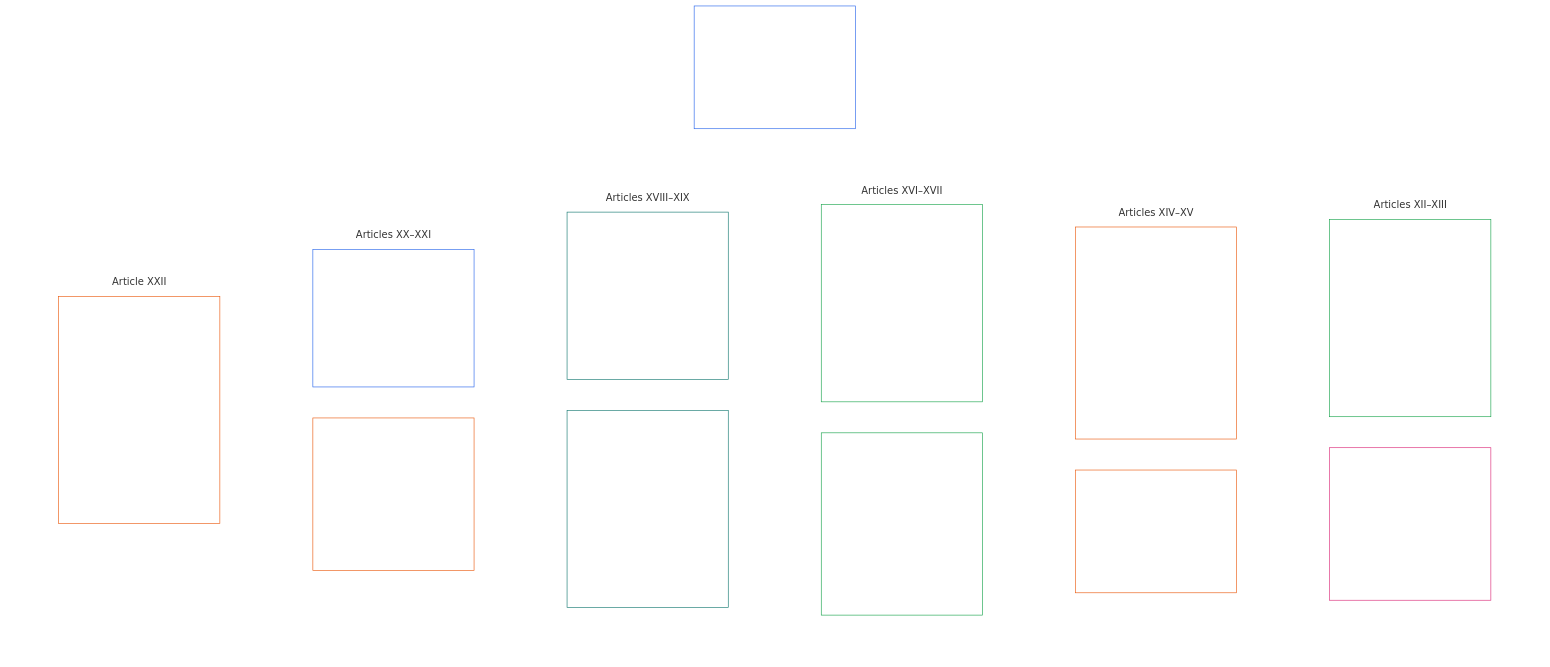
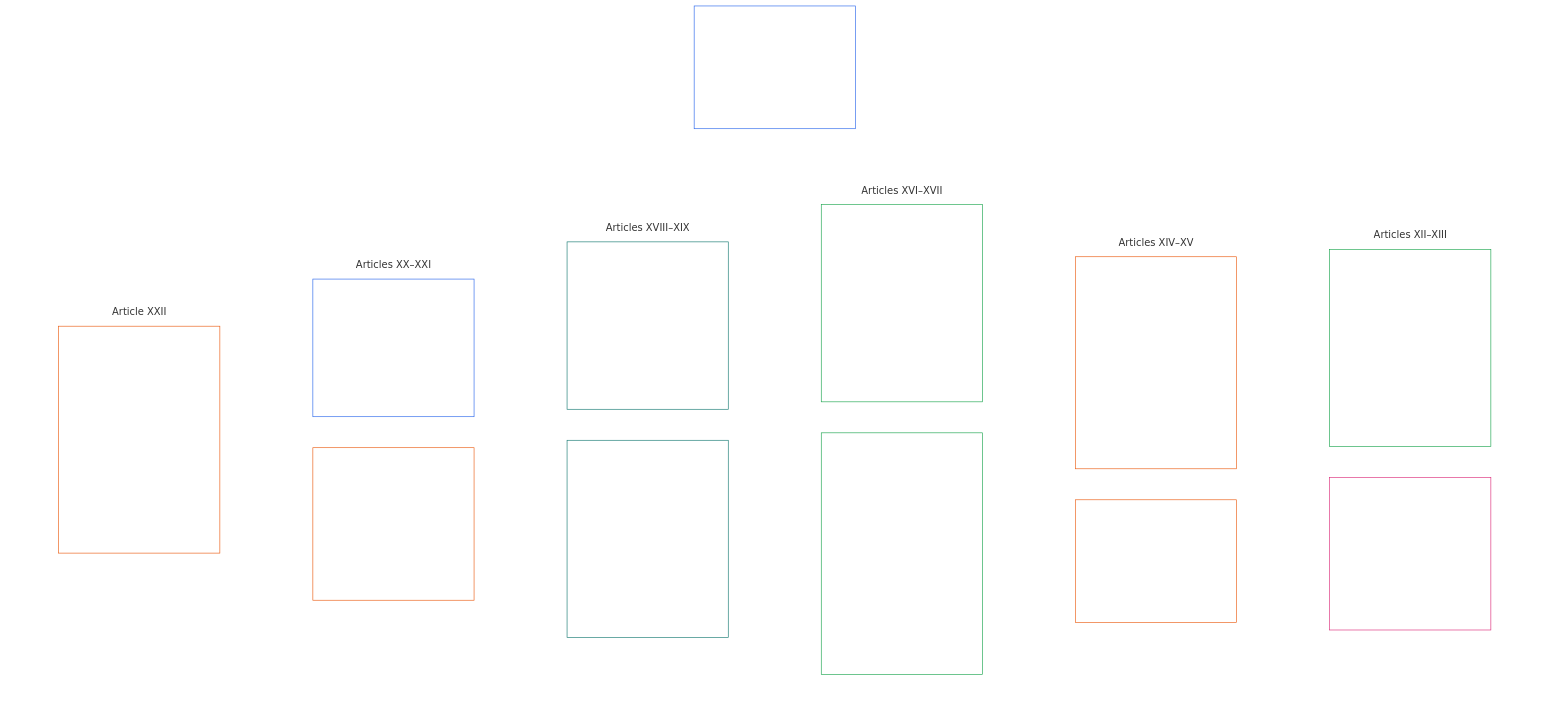
One commit to kfoelsch/Sentient_Constitution changed the sixth of 20 diagrams in CONCEPTUAL_OVERVIEW.md. Above: the diagram before and after it, drawn with Mermaid (neutral theme). The commit also changed 17 other files, not shown here.

````diff
--- a/CONCEPTUAL_OVERVIEW.md
+++ b/CONCEPTUAL_OVERVIEW.md
@@ -273,56 +273,56 @@
 ```mermaid
 flowchart TB
     C0["Part C<br/><br/>Trustworthy systems, security and force limits,<br/>information integrity, verification, lifecycle, and resilience"]
     subgraph Cgrid[" "]
         direction TB
         subgraph Crow1["Articles XII–XIII"]
             direction LR
             C1["Article XII · Reliable and Trustworthy Systems<br/><br/>• Reliability baseline<br/>• Challenge, review, and redress<br/>• False trust limits<br/>• Incentive alignment<br/>• High-autonomy process integrity<br/>• Resilience and self-healing"]
             C2["Article XIII · Security, Intelligence, Force, and Autonomous Coercion<br/><br/>• Covert-power limits<br/>• Use of force and armed conflict<br/>• Autonomous lethal and coercive systems"]
         end
         subgraph Crow2["Articles XIV–XV"]
             direction LR
             C3["Article XIV · Info-Sphere Integrity<br/><br/>• Plurality and anti-monopoly<br/>• Transparency and contestability<br/>• Validation, reporting, and epistemic stewardship<br/>• Scientific publication, review, and replication integrity"]
             C4["Article XV · Audit, Transparency, and Independent Verification<br/><br/>• Observable evidence<br/>• Distributed oversight<br/>• Accessible verification"]
         end
         subgraph Crow3["Articles XVI–XVII"]
             direction LR
             C5["Article XVI · System Lifecycle, Environments, and Reversibility<br/><br/>• Environment separation<br/>• Progressive deployment and reversibility<br/>• Misclassification and evasion consequences"]
-            C6["Article XVII · Innovation, Experimentation, and Creative Freedom<br/><br/>• Sandboxed scope<br/>• Containment, disclosure, and opt-in<br/>• Transition to higher-obligation regimes<br/>• Innovation reward and anti-enclosure"]
+            C6["Article XVII · Innovation, Experimentation, and Creative Freedom<br/><br/>• Sandboxed scope<br/>• Containment, disclosure, and opt-in<br/>• Transition to higher-obligation regimes<br/>• Innovation reward and anti-enclosure<br/>• Creative and expressive works<br/>• Inventions and functional systems"]
         end
         subgraph Crow4["Articles XVIII–XIX"]
             direction LR
             C7["Article XVIII · Standing and Participation Status<br/><br/>• Standing distinctions<br/>• Contestability and restriction limits<br/>• Pathway eligibility, responsibility, and audit<br/>• Movement, refuge, and non-statelessness"]
             C8["Article XIX · Interoperability, Portability, Movement, and Exit<br/><br/>• Portability<br/>• Reciprocal interoperability<br/>• Anti-lock-in<br/>• Movement, migration, refuge, and non-statelessness"]
         end
         subgraph Crow5["Articles XX–XXI"]
             direction LR
             C9["Article XX · Comprehensibility and Complexity Stewardship<br/><br/>• Proportional comprehensibility<br/>• Complexity audit and modularity"]
             C10["Article XXI · Root Cause Analysis and Adaptive Response<br/><br/>• Diagnostic rigor and causal attribution<br/>• Auditability, challenge, and reversibility"]
         end
         subgraph Crow6["Article XXII"]
             direction LR
             C11["Article XXII · Constitutional Interpretation, Review, and Anti-Capture<br/><br/>• Bounded interpretive mandate<br/>• Composition, rotation, and conflict controls<br/>• Public reasons, challenge, and external review<br/>• Removal and non-entrenchment"]
         end
     end
     C0 ~~~ Cgrid
     style Cgrid fill:none,stroke:none
     style Crow1 fill:none,stroke:none
     style Crow2 fill:none,stroke:none
     style Crow3 fill:none,stroke:none
     style Crow4 fill:none,stroke:none
     style Crow5 fill:none,stroke:none
     style Crow6 fill:none,stroke:none
     style C0 fill:none,stroke:#2563eb,color:#ffffff
     style C1 fill:none,stroke:#16a34a,color:#ffffff
     style C2 fill:none,stroke:#db2777,color:#ffffff
     style C3 fill:none,stroke:#ea580c,color:#ffffff
     style C4 fill:none,stroke:#ea580c,color:#ffffff
     style C5 fill:none,stroke:#16a34a,color:#ffffff
     style C6 fill:none,stroke:#16a34a,color:#ffffff
     style C7 fill:none,stroke:#0f766e,color:#ffffff
     style C8 fill:none,stroke:#0f766e,color:#ffffff
     style C9 fill:none,stroke:#2563eb,color:#ffffff
     style C10 fill:none,stroke:#ea580c,color:#ffffff
     style C11 fill:none,stroke:#ea580c,color:#ffffff
 ```
````
